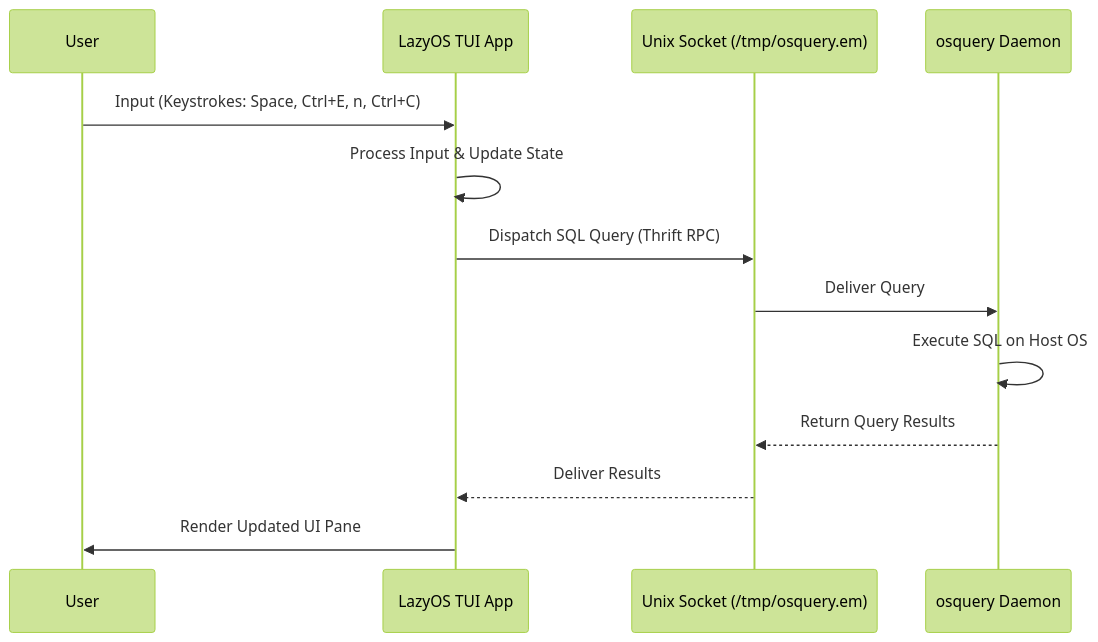
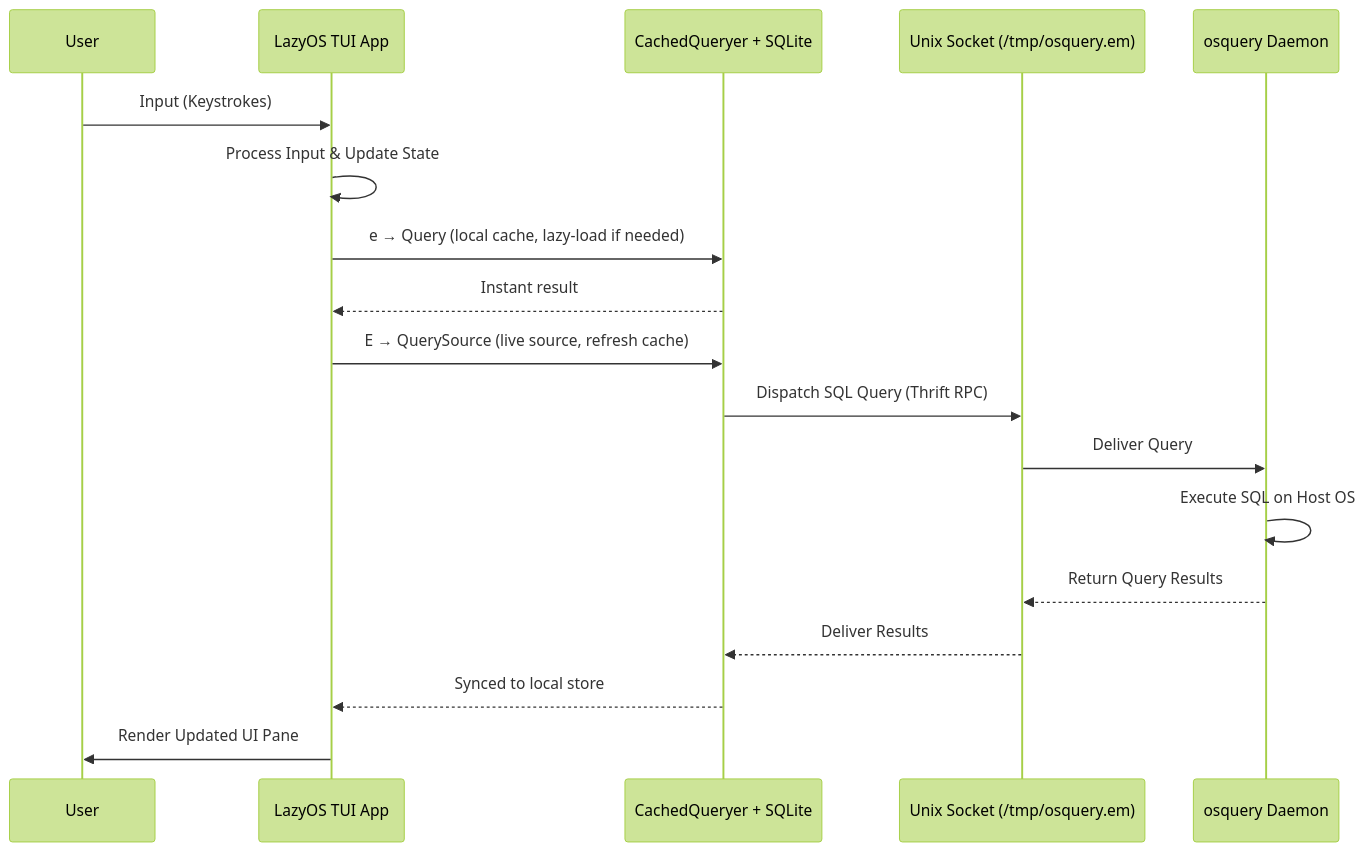
The first of 5 diagrams in docs/osquery_interaction.md (ajitm722/LazyOS), drawn with Mermaid (forest theme) before and after one commit. The commit also changed other lines of this file and 27 other files, not shown here.

First line of the commit message:
feat: persistent SQLite cache layer with source query bypass

````diff
--- a/docs/osquery_interaction.md
+++ b/docs/osquery_interaction.md
@@ -15,16 +15,21 @@
 ```mermaid
 sequenceDiagram
     participant User as User
     participant LazyOS as LazyOS TUI App
+    participant Cache as CachedQueryer + SQLite
     participant Socket as Unix Socket (/tmp/osquery.em)
     participant Osquery as osquery Daemon
 
-    User->>LazyOS: Input (Keystrokes: Space, Ctrl+E, n, Ctrl+C)
+    User->>LazyOS: Input (Keystrokes)
     LazyOS->>LazyOS: Process Input & Update State
-    LazyOS->>Socket: Dispatch SQL Query (Thrift RPC)
+    LazyOS->>Cache: e → Query (local cache, lazy-load if needed)
+    Cache-->>LazyOS: Instant result
+    LazyOS->>Cache: E → QuerySource (live source, refresh cache)
+    Cache->>Socket: Dispatch SQL Query (Thrift RPC)
     Socket->>Osquery: Deliver Query
     Osquery->>Osquery: Execute SQL on Host OS
     Osquery-->>Socket: Return Query Results
-    Socket-->>LazyOS: Deliver Results
+    Socket-->>Cache: Deliver Results
+    Cache-->>LazyOS: Synced to local store
     LazyOS->>User: Render Updated UI Pane
 ```
````
